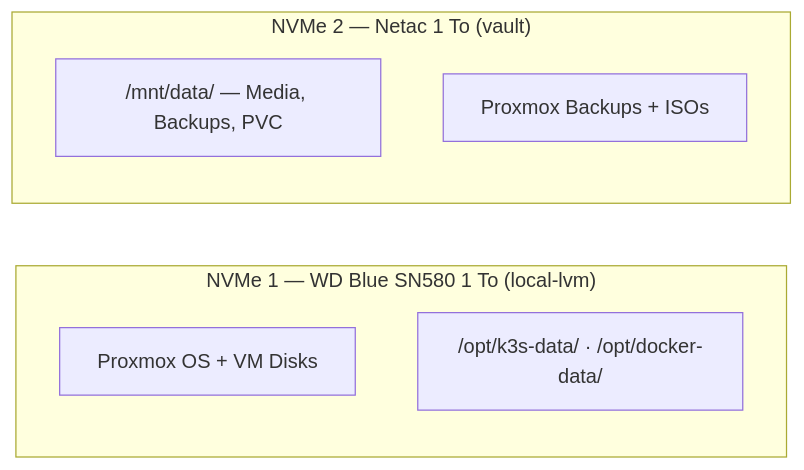
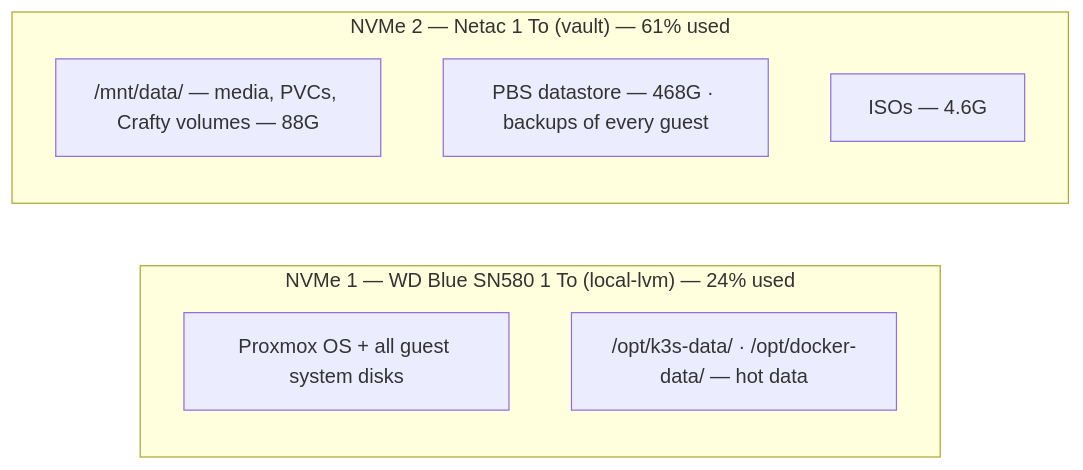
The third of 5 diagrams in README.md (Enoal-Fauchille-Bolle/Astra-ops), drawn with Mermaid before and after one commit. The commit also changed other lines of this file, not shown here.

Commit message:
📝 [Docs] Show the PBS datastore on the storage diagram

````diff
--- a/README.md
+++ b/README.md
@@ -116,11 +116,12 @@
 ```mermaid
 graph LR
-    subgraph NVMe1["NVMe 1 — WD Blue SN580 1 To (local-lvm)"]
-        OS[Proxmox OS + VM Disks]
-        HOT["/opt/k3s-data/ · /opt/docker-data/"]
+    subgraph NVMe1["NVMe 1 — WD Blue SN580 1 To (local-lvm) — 24% used"]
+        OS[Proxmox OS + all guest system disks]
+        HOT["/opt/k3s-data/ · /opt/docker-data/ — hot data"]
     end
-    subgraph NVMe2["NVMe 2 — Netac 1 To (vault)"]
-        COLD["/mnt/data/ — Media, Backups, PVC"]
-        ISO[Proxmox Backups + ISOs]
+    subgraph NVMe2["NVMe 2 — Netac 1 To (vault) — 61% used"]
+        COLD["/mnt/data/ — media, PVCs, Crafty volumes — 88G"]
+        PBS["PBS datastore — 468G · backups of every guest"]
+        ISO["ISOs — 4.6G"]
     end
 ```
````
